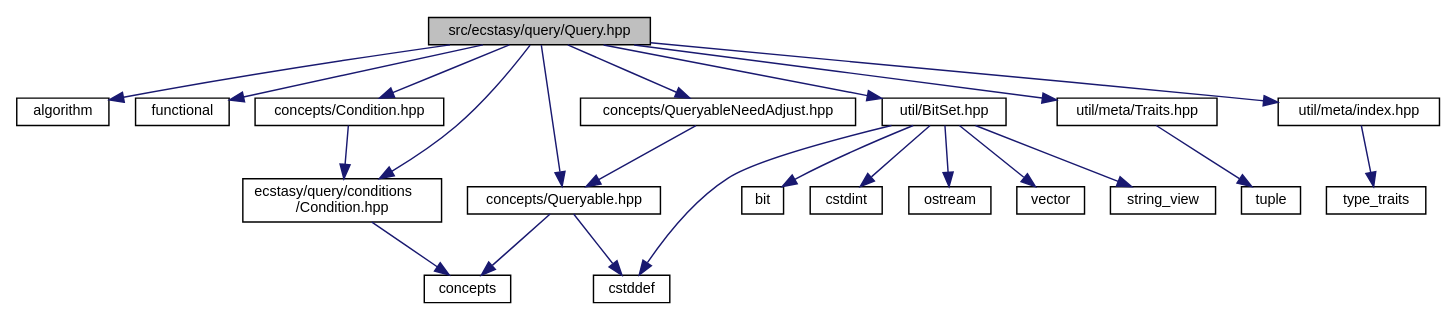
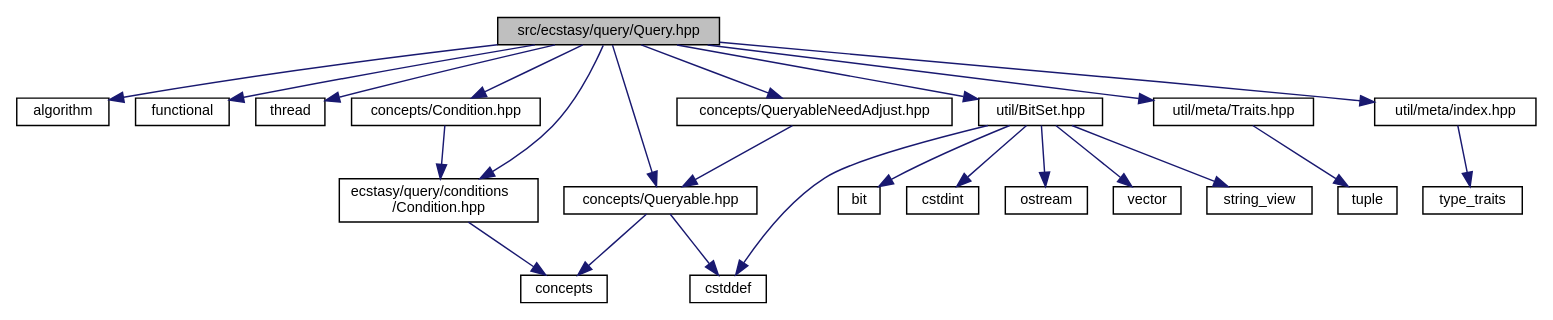
One commit to AndreasLrx/ecstasy changed the diagram in _query_8hpp__incl.dot. Above: the diagram before and after it, drawn with Graphviz. The commit also changed 289 other files, not shown here.

```diff
--- a/_query_8hpp__incl.dot
+++ b/_query_8hpp__incl.dot
@@ -1,47 +1,49 @@
 digraph "src/ecstasy/query/Query.hpp"
 {
  // LATEX_PDF_SIZE
   edge [fontname="Helvetica",fontsize="10",labelfontname="Helvetica",labelfontsize="10"];
   node [fontname="Helvetica",fontsize="10",shape=record];
   Node1 [label="src/ecstasy/query/Query.hpp",height=0.2,width=0.4,color="black", fillcolor="grey75", style="filled", fontcolor="black",tooltip=" "];
   Node1 -> Node2 [color="midnightblue",fontsize="10",style="solid",fontname="Helvetica"];
   Node2 [label="algorithm",height=0.2,width=0.4,color="black", fillcolor="white", style="filled",URL="/home/runner/work/ecstasy/ecstasy/doc/external/cppreference-doxygen-web.tag.xml$cpp/header/algorithm.html",tooltip=" "];
   Node1 -> Node3 [color="midnightblue",fontsize="10",style="solid",fontname="Helvetica"];
   Node3 [label="functional",height=0.2,width=0.4,color="black", fillcolor="white", style="filled",URL="/home/runner/work/ecstasy/ecstasy/doc/external/cppreference-doxygen-web.tag.xml$cpp/header/functional.html",tooltip=" "];
   Node1 -> Node4 [color="midnightblue",fontsize="10",style="solid",fontname="Helvetica"];
-  Node4 [label="concepts/Condition.hpp",height=0.2,width=0.4,color="black", fillcolor="white", style="filled",URL="$concepts_2_condition_8hpp.html",tooltip=" "];
-  Node4 -> Node5 [color="midnightblue",fontsize="10",style="solid",fontname="Helvetica"];
-  Node5 [label="ecstasy/query/conditions\l/Condition.hpp",height=0.2,width=0.4,color="black", fillcolor="white", style="filled",URL="$conditions_2_condition_8hpp.html",tooltip=" "];
+  Node4 [label="thread",height=0.2,width=0.4,color="black", fillcolor="white", style="filled",URL="/home/runner/work/ecstasy/ecstasy/doc/external/cppreference-doxygen-web.tag.xml$cpp/header/thread.html",tooltip=" "];
+  Node1 -> Node5 [color="midnightblue",fontsize="10",style="solid",fontname="Helvetica"];
+  Node5 [label="concepts/Condition.hpp",height=0.2,width=0.4,color="black", fillcolor="white", style="filled",URL="$concepts_2_condition_8hpp.html",tooltip=" "];
   Node5 -> Node6 [color="midnightblue",fontsize="10",style="solid",fontname="Helvetica"];
-  Node6 [label="concepts",height=0.2,width=0.4,color="black", fillcolor="white", style="filled",URL="/home/runner/work/ecstasy/ecstasy/doc/external/cppreference-doxygen-web.tag.xml$cpp/header/concepts.html",tooltip=" "];
-  Node1 -> Node7 [color="midnightblue",fontsize="10",style="solid",fontname="Helvetica"];
-  Node7 [label="concepts/Queryable.hpp",height=0.2,width=0.4,color="black", fillcolor="white", style="filled",URL="$_queryable_8hpp.html",tooltip=" "];
-  Node7 -> Node6 [color="midnightblue",fontsize="10",style="solid",fontname="Helvetica"];
-  Node7 -> Node8 [color="midnightblue",fontsize="10",style="solid",fontname="Helvetica"];
-  Node8 [label="cstddef",height=0.2,width=0.4,color="black", fillcolor="white", style="filled",URL="/home/runner/work/ecstasy/ecstasy/doc/external/cppreference-doxygen-web.tag.xml$cpp/header/cstddef.html",tooltip=" "];
-  Node1 -> Node9 [color="midnightblue",fontsize="10",style="solid",fontname="Helvetica"];
-  Node9 [label="concepts/QueryableNeedAdjust.hpp",height=0.2,width=0.4,color="black", fillcolor="white", style="filled",URL="$_queryable_need_adjust_8hpp.html",tooltip=" "];
-  Node9 -> Node7 [color="midnightblue",fontsize="10",style="solid",fontname="Helvetica"];
-  Node1 -> Node5 [color="midnightblue",fontsize="10",style="solid",fontname="Helvetica"];
+  Node6 [label="ecstasy/query/conditions\l/Condition.hpp",height=0.2,width=0.4,color="black", fillcolor="white", style="filled",URL="$conditions_2_condition_8hpp.html",tooltip=" "];
+  Node6 -> Node7 [color="midnightblue",fontsize="10",style="solid",fontname="Helvetica"];
+  Node7 [label="concepts",height=0.2,width=0.4,color="black", fillcolor="white", style="filled",URL="/home/runner/work/ecstasy/ecstasy/doc/external/cppreference-doxygen-web.tag.xml$cpp/header/concepts.html",tooltip=" "];
+  Node1 -> Node8 [color="midnightblue",fontsize="10",style="solid",fontname="Helvetica"];
+  Node8 [label="concepts/Queryable.hpp",height=0.2,width=0.4,color="black", fillcolor="white", style="filled",URL="$_queryable_8hpp.html",tooltip=" "];
+  Node8 -> Node7 [color="midnightblue",fontsize="10",style="solid",fontname="Helvetica"];
+  Node8 -> Node9 [color="midnightblue",fontsize="10",style="solid",fontname="Helvetica"];
+  Node9 [label="cstddef",height=0.2,width=0.4,color="black", fillcolor="white", style="filled",URL="/home/runner/work/ecstasy/ecstasy/doc/external/cppreference-doxygen-web.tag.xml$cpp/header/cstddef.html",tooltip=" "];
   Node1 -> Node10 [color="midnightblue",fontsize="10",style="solid",fontname="Helvetica"];
-  Node10 [label="util/BitSet.hpp",height=0.2,width=0.4,color="black", fillcolor="white", style="filled",URL="$_bit_set_8hpp.html",tooltip=" "];
-  Node10 -> Node11 [color="midnightblue",fontsize="10",style="solid",fontname="Helvetica"];
-  Node11 [label="bit",height=0.2,width=0.4,color="black", fillcolor="white", style="filled",URL="/home/runner/work/ecstasy/ecstasy/doc/external/cppreference-doxygen-web.tag.xml$cpp/header/bit.html",tooltip=" "];
+  Node10 [label="concepts/QueryableNeedAdjust.hpp",height=0.2,width=0.4,color="black", fillcolor="white", style="filled",URL="$_queryable_need_adjust_8hpp.html",tooltip=" "];
   Node10 -> Node8 [color="midnightblue",fontsize="10",style="solid",fontname="Helvetica"];
-  Node10 -> Node12 [color="midnightblue",fontsize="10",style="solid",fontname="Helvetica"];
-  Node12 [label="cstdint",height=0.2,width=0.4,color="black", fillcolor="white", style="filled",URL="/home/runner/work/ecstasy/ecstasy/doc/external/cppreference-doxygen-web.tag.xml$cpp/header/cstdint.html",tooltip=" "];
-  Node10 -> Node13 [color="midnightblue",fontsize="10",style="solid",fontname="Helvetica"];
-  Node13 [label="ostream",height=0.2,width=0.4,color="black", fillcolor="white", style="filled",URL="/home/runner/work/ecstasy/ecstasy/doc/external/cppreference-doxygen-web.tag.xml$cpp/header/ostream.html",tooltip=" "];
-  Node10 -> Node14 [color="midnightblue",fontsize="10",style="solid",fontname="Helvetica"];
-  Node14 [label="vector",height=0.2,width=0.4,color="black", fillcolor="white", style="filled",URL="/home/runner/work/ecstasy/ecstasy/doc/external/cppreference-doxygen-web.tag.xml$cpp/header/vector.html",tooltip=" "];
-  Node10 -> Node15 [color="midnightblue",fontsize="10",style="solid",fontname="Helvetica"];
-  Node15 [label="string_view",height=0.2,width=0.4,color="black", fillcolor="white", style="filled",URL="/home/runner/work/ecstasy/ecstasy/doc/external/cppreference-doxygen-web.tag.xml$cpp/header/string_view.html",tooltip=" "];
-  Node1 -> Node16 [color="midnightblue",fontsize="10",style="solid",fontname="Helvetica"];
-  Node16 [label="util/meta/Traits.hpp",height=0.2,width=0.4,color="black", fillcolor="white", style="filled",URL="$_traits_8hpp.html",tooltip=" "];
-  Node16 -> Node17 [color="midnightblue",fontsize="10",style="solid",fontname="Helvetica"];
-  Node17 [label="tuple",height=0.2,width=0.4,color="black", fillcolor="white", style="filled",URL="/home/runner/work/ecstasy/ecstasy/doc/external/cppreference-doxygen-web.tag.xml$cpp/header/tuple.html",tooltip=" "];
-  Node1 -> Node18 [color="midnightblue",fontsize="10",style="solid",fontname="Helvetica"];
-  Node18 [label="util/meta/index.hpp",height=0.2,width=0.4,color="black", fillcolor="white", style="filled",URL="$index_8hpp.html",tooltip=" "];
-  Node18 -> Node19 [color="midnightblue",fontsize="10",style="solid",fontname="Helvetica"];
-  Node19 [label="type_traits",height=0.2,width=0.4,color="black", fillcolor="white", style="filled",URL="/home/runner/work/ecstasy/ecstasy/doc/external/cppreference-doxygen-web.tag.xml$cpp/header/type_traits.html",tooltip=" "];
+  Node1 -> Node6 [color="midnightblue",fontsize="10",style="solid",fontname="Helvetica"];
+  Node1 -> Node11 [color="midnightblue",fontsize="10",style="solid",fontname="Helvetica"];
+  Node11 [label="util/BitSet.hpp",height=0.2,width=0.4,color="black", fillcolor="white", style="filled",URL="$_bit_set_8hpp.html",tooltip=" "];
+  Node11 -> Node12 [color="midnightblue",fontsize="10",style="solid",fontname="Helvetica"];
+  Node12 [label="bit",height=0.2,width=0.4,color="black", fillcolor="white", style="filled",URL="/home/runner/work/ecstasy/ecstasy/doc/external/cppreference-doxygen-web.tag.xml$cpp/header/bit.html",tooltip=" "];
+  Node11 -> Node9 [color="midnightblue",fontsize="10",style="solid",fontname="Helvetica"];
+  Node11 -> Node13 [color="midnightblue",fontsize="10",style="solid",fontname="Helvetica"];
+  Node13 [label="cstdint",height=0.2,width=0.4,color="black", fillcolor="white", style="filled",URL="/home/runner/work/ecstasy/ecstasy/doc/external/cppreference-doxygen-web.tag.xml$cpp/header/cstdint.html",tooltip=" "];
+  Node11 -> Node14 [color="midnightblue",fontsize="10",style="solid",fontname="Helvetica"];
+  Node14 [label="ostream",height=0.2,width=0.4,color="black", fillcolor="white", style="filled",URL="/home/runner/work/ecstasy/ecstasy/doc/external/cppreference-doxygen-web.tag.xml$cpp/header/ostream.html",tooltip=" "];
+  Node11 -> Node15 [color="midnightblue",fontsize="10",style="solid",fontname="Helvetica"];
+  Node15 [label="vector",height=0.2,width=0.4,color="black", fillcolor="white", style="filled",URL="/home/runner/work/ecstasy/ecstasy/doc/external/cppreference-doxygen-web.tag.xml$cpp/header/vector.html",tooltip=" "];
+  Node11 -> Node16 [color="midnightblue",fontsize="10",style="solid",fontname="Helvetica"];
+  Node16 [label="string_view",height=0.2,width=0.4,color="black", fillcolor="white", style="filled",URL="/home/runner/work/ecstasy/ecstasy/doc/external/cppreference-doxygen-web.tag.xml$cpp/header/string_view.html",tooltip=" "];
+  Node1 -> Node17 [color="midnightblue",fontsize="10",style="solid",fontname="Helvetica"];
+  Node17 [label="util/meta/Traits.hpp",height=0.2,width=0.4,color="black", fillcolor="white", style="filled",URL="$_traits_8hpp.html",tooltip=" "];
+  Node17 -> Node18 [color="midnightblue",fontsize="10",style="solid",fontname="Helvetica"];
+  Node18 [label="tuple",height=0.2,width=0.4,color="black", fillcolor="white", style="filled",URL="/home/runner/work/ecstasy/ecstasy/doc/external/cppreference-doxygen-web.tag.xml$cpp/header/tuple.html",tooltip=" "];
+  Node1 -> Node19 [color="midnightblue",fontsize="10",style="solid",fontname="Helvetica"];
+  Node19 [label="util/meta/index.hpp",height=0.2,width=0.4,color="black", fillcolor="white", style="filled",URL="$index_8hpp.html",tooltip=" "];
+  Node19 -> Node20 [color="midnightblue",fontsize="10",style="solid",fontname="Helvetica"];
+  Node20 [label="type_traits",height=0.2,width=0.4,color="black", fillcolor="white", style="filled",URL="/home/runner/work/ecstasy/ecstasy/doc/external/cppreference-doxygen-web.tag.xml$cpp/header/type_traits.html",tooltip=" "];
 }
```
